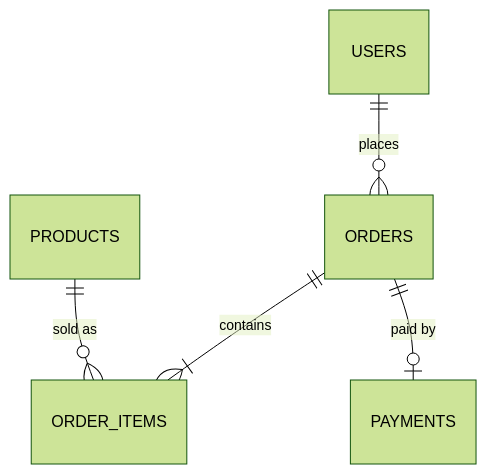
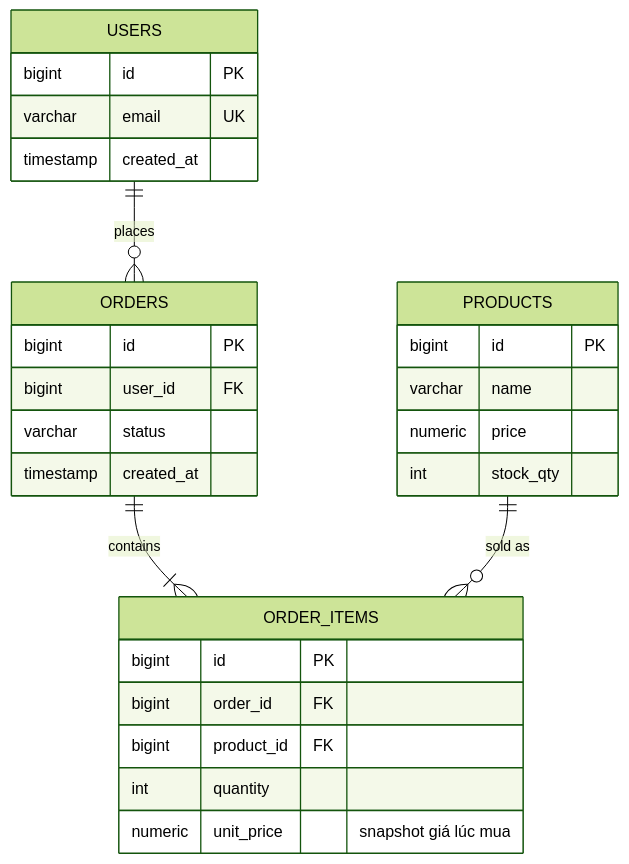
One commit to JeDTr/learning changed the diagram in backend/database/rdbms/use-cases/01-ecommerce-order/README.md. Above: the diagram before and after it, drawn with Mermaid (forest theme). The commit also changed 19 other files, not shown here.

First line of the commit message:
Flesh out RDBMS use-case examples: full schema + detailed ERDs

````diff
--- a/backend/database/rdbms/use-cases/01-ecommerce-order/README.md
+++ b/backend/database/rdbms/use-cases/01-ecommerce-order/README.md
@@ -5,7 +5,31 @@
 ```mermaid
 erDiagram
     USERS ||--o{ ORDERS : places
     ORDERS ||--|{ ORDER_ITEMS : contains
     PRODUCTS ||--o{ ORDER_ITEMS : "sold as"
-    ORDERS ||--o| PAYMENTS : "paid by"
+
+    USERS {
+        bigint id PK
+        varchar email UK
+        timestamp created_at
+    }
+    PRODUCTS {
+        bigint id PK
+        varchar name
+        numeric price
+        int stock_qty
+    }
+    ORDERS {
+        bigint id PK
+        bigint user_id FK
+        varchar status
+        timestamp created_at
+    }
+    ORDER_ITEMS {
+        bigint id PK
+        bigint order_id FK
+        bigint product_id FK
+        int quantity
+        numeric unit_price "snapshot giá lúc mua"
+    }
 ```
````
